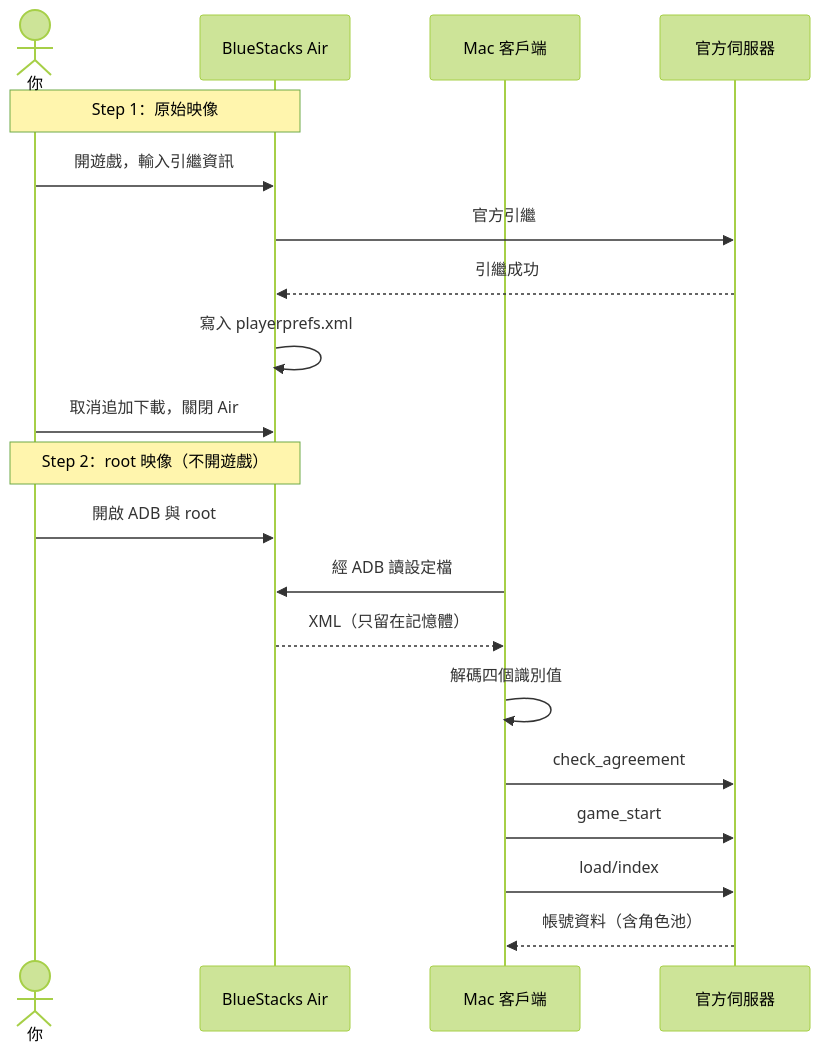
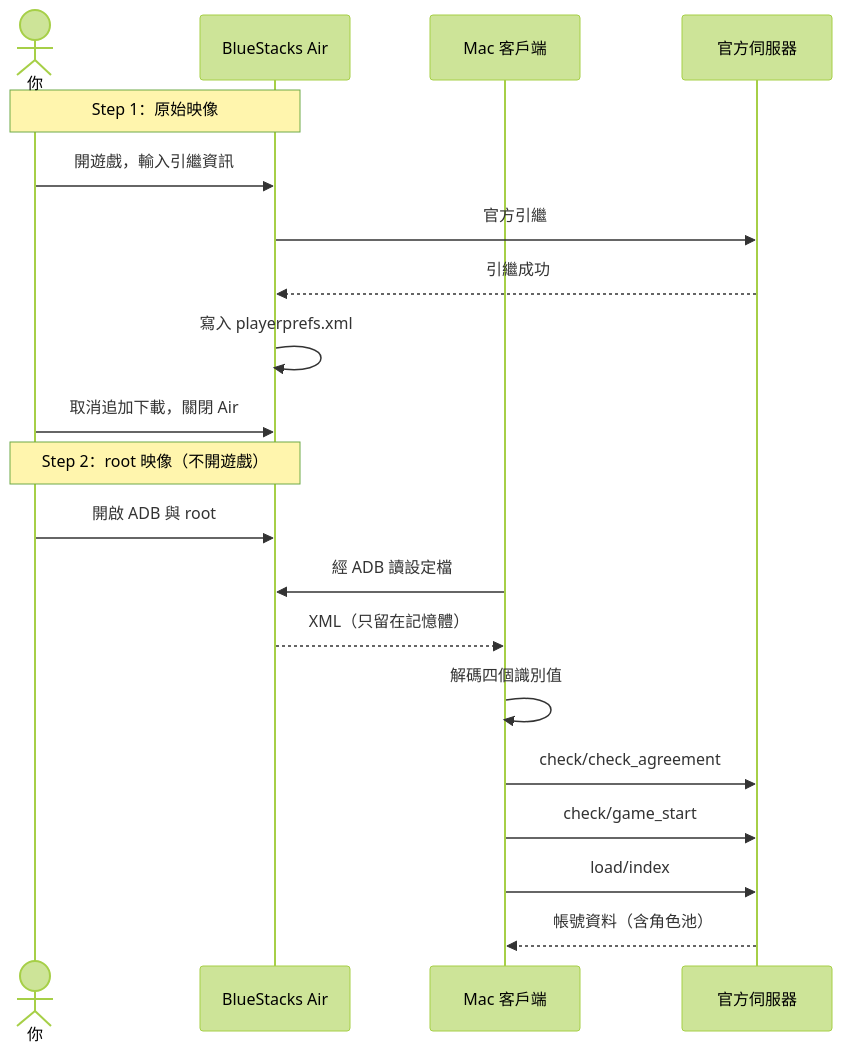
Before and after one commit to WilliamCHIU-ETH/pcr-tw-mac-login: the second of 2 diagrams in README.md, drawn with Mermaid (forest theme). The commit also changed other lines of this file and 5 other files, not shown here.

````diff
--- a/README.md
+++ b/README.md
@@ -111,23 +111,23 @@
 ```mermaid
 sequenceDiagram
     actor U as 你
     participant A as BlueStacks Air
     participant M as Mac 客戶端
     participant S as 官方伺服器
 
     Note over U,A: Step 1：原始映像
     U->>A: 開遊戲，輸入引繼資訊
     A->>S: 官方引繼
     S-->>A: 引繼成功
     A->>A: 寫入 playerprefs.xml
     U->>A: 取消追加下載，關閉 Air
     Note over U,A: Step 2：root 映像（不開遊戲）
     U->>A: 開啟 ADB 與 root
     M->>A: 經 ADB 讀設定檔
     A-->>M: XML（只留在記憶體）
     M->>M: 解碼四個識別值
-    M->>S: check_agreement
-    M->>S: game_start
+    M->>S: check/check_agreement
+    M->>S: check/game_start
     M->>S: load/index
     S-->>M: 帳號資料（含角色池）
 ```
````
